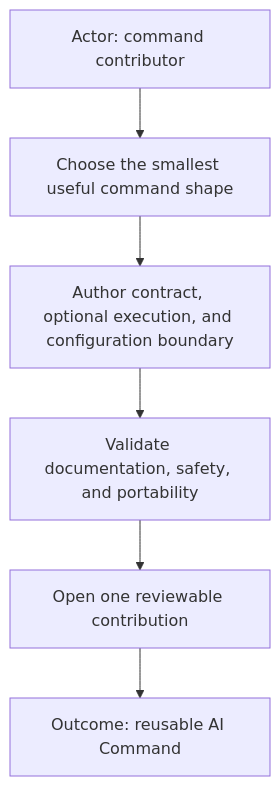
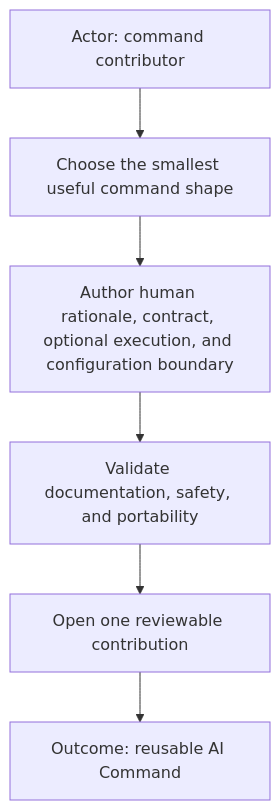
The first of 16 diagrams in CONTRIBUTING.md (starodubtsevconsulting/ai-commands), drawn with Mermaid before and after one commit. The commit also changed other lines of this file, not shown here.

````diff
--- a/CONTRIBUTING.md
+++ b/CONTRIBUTING.md
@@ -3,9 +3,9 @@
 ```mermaid
 flowchart TD
   Actor["Actor: command contributor"]
   Actor --> Model["Choose the smallest useful command shape"]
-  Model --> Build["Author contract, optional execution, and configuration boundary"]
+  Model --> Build["Author human rationale, contract, optional execution, and configuration boundary"]
   Build --> Validate["Validate documentation, safety, and portability"]
   Validate --> Review["Open one reviewable contribution"]
   Review --> Outcome["Outcome: reusable AI Command"]
 ```
````
